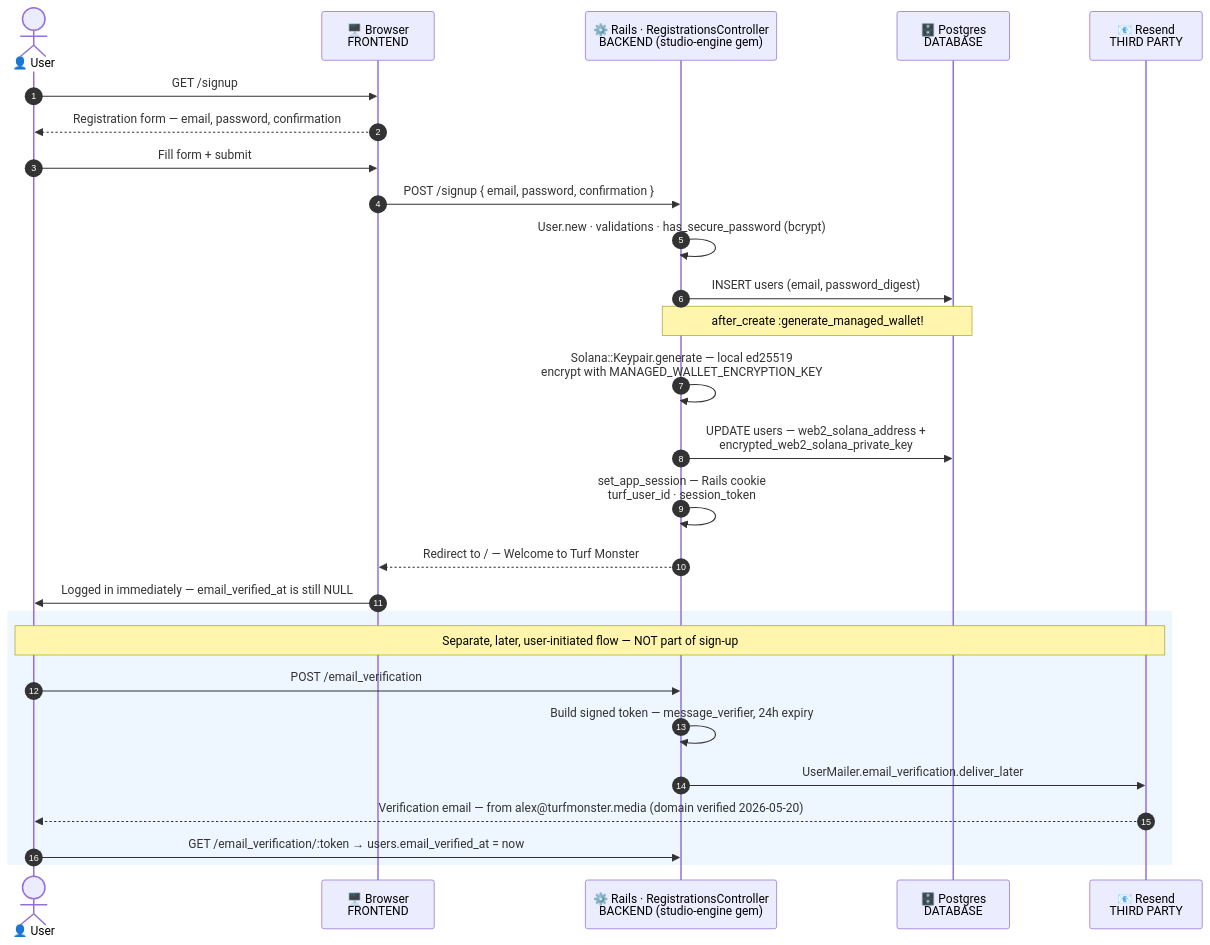
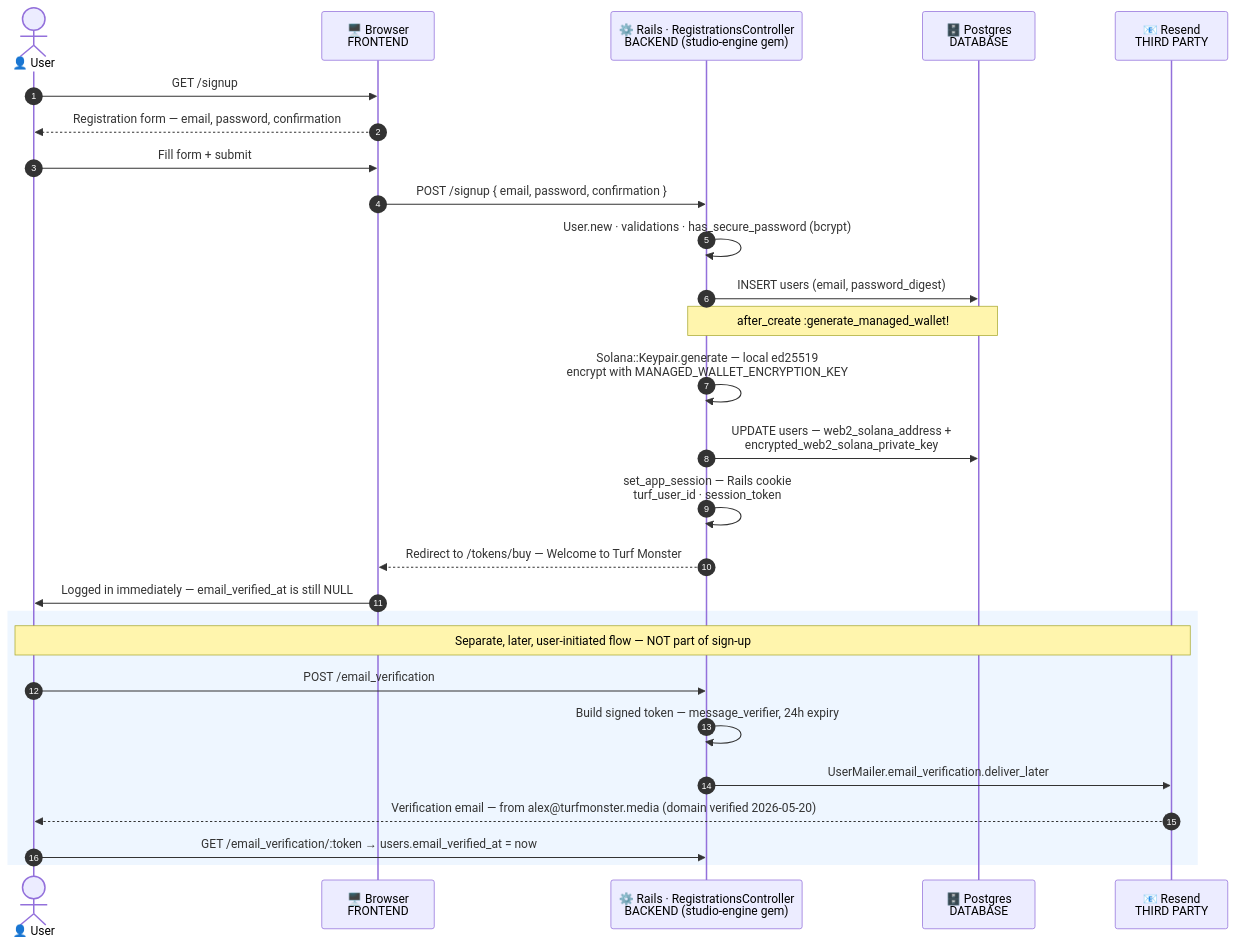
Before and after one commit to amcritchie/turf-monster: the third of 3 diagrams in docs/SIGNUP_FLOWS.md, drawn with Mermaid. The commit also changed other lines of this file and 8 other files, not shown here.

````diff
--- a/docs/SIGNUP_FLOWS.md
+++ b/docs/SIGNUP_FLOWS.md
@@ -170,31 +172,31 @@
 ```mermaid
 sequenceDiagram
     autonumber
     actor U as 👤 User
     participant FE as 🖥️ Browser<br/>FRONTEND
     participant BE as ⚙️ Rails · RegistrationsController<br/>BACKEND (studio-engine gem)
     participant DB as 🗄️ Postgres<br/>DATABASE
     participant RS as 📧 Resend<br/>THIRD PARTY
 
     U->>FE: GET /signup
     FE-->>U: Registration form — email, password, confirmation
     U->>FE: Fill form + submit
     FE->>BE: POST /signup  { email, password, confirmation }
     BE->>BE: User.new · validations · has_secure_password (bcrypt)
     BE->>DB: INSERT users (email, password_digest)
     Note over BE,DB: after_create :generate_managed_wallet!
     BE->>BE: Solana::Keypair.generate — local ed25519<br/>encrypt with MANAGED_WALLET_ENCRYPTION_KEY
     BE->>DB: UPDATE users — web2_solana_address +<br/>encrypted_web2_solana_private_key
     BE->>BE: set_app_session — Rails cookie<br/>turf_user_id · session_token
-    BE-->>FE: Redirect to / — Welcome to Turf Monster
+    BE-->>FE: Redirect to /tokens/buy — Welcome to Turf Monster
     FE->>U: Logged in immediately — email_verified_at is still NULL
 
     rect rgb(238, 246, 255)
     Note over U,RS: Separate, later, user-initiated flow — NOT part of sign-up
     U->>BE: POST /email_verification
     BE->>BE: Build signed token — message_verifier, 24h expiry
     BE->>RS: UserMailer.email_verification.deliver_later
     RS-->>U: Verification email — from alex@turfmonster.media (domain verified 2026-05-20)
     U->>BE: GET /email_verification/:token  →  users.email_verified_at = now
     end
 ```
````
